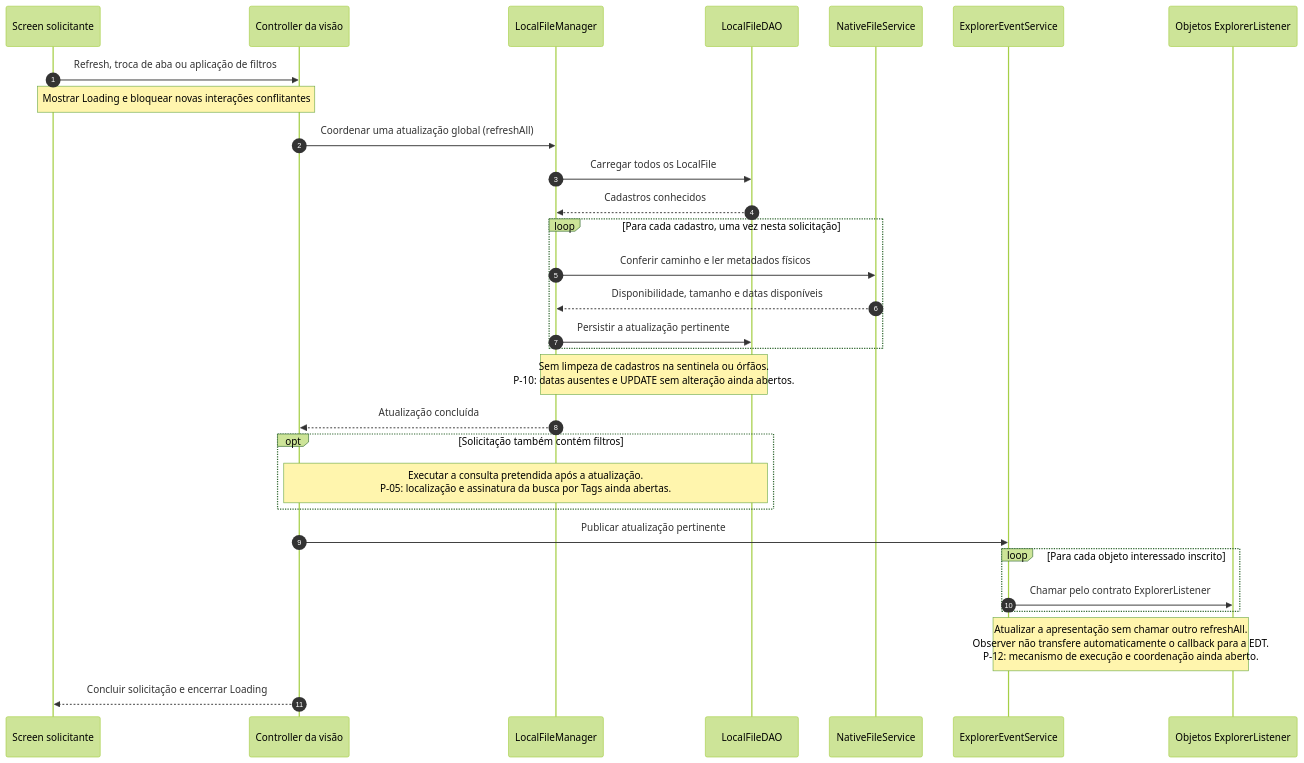
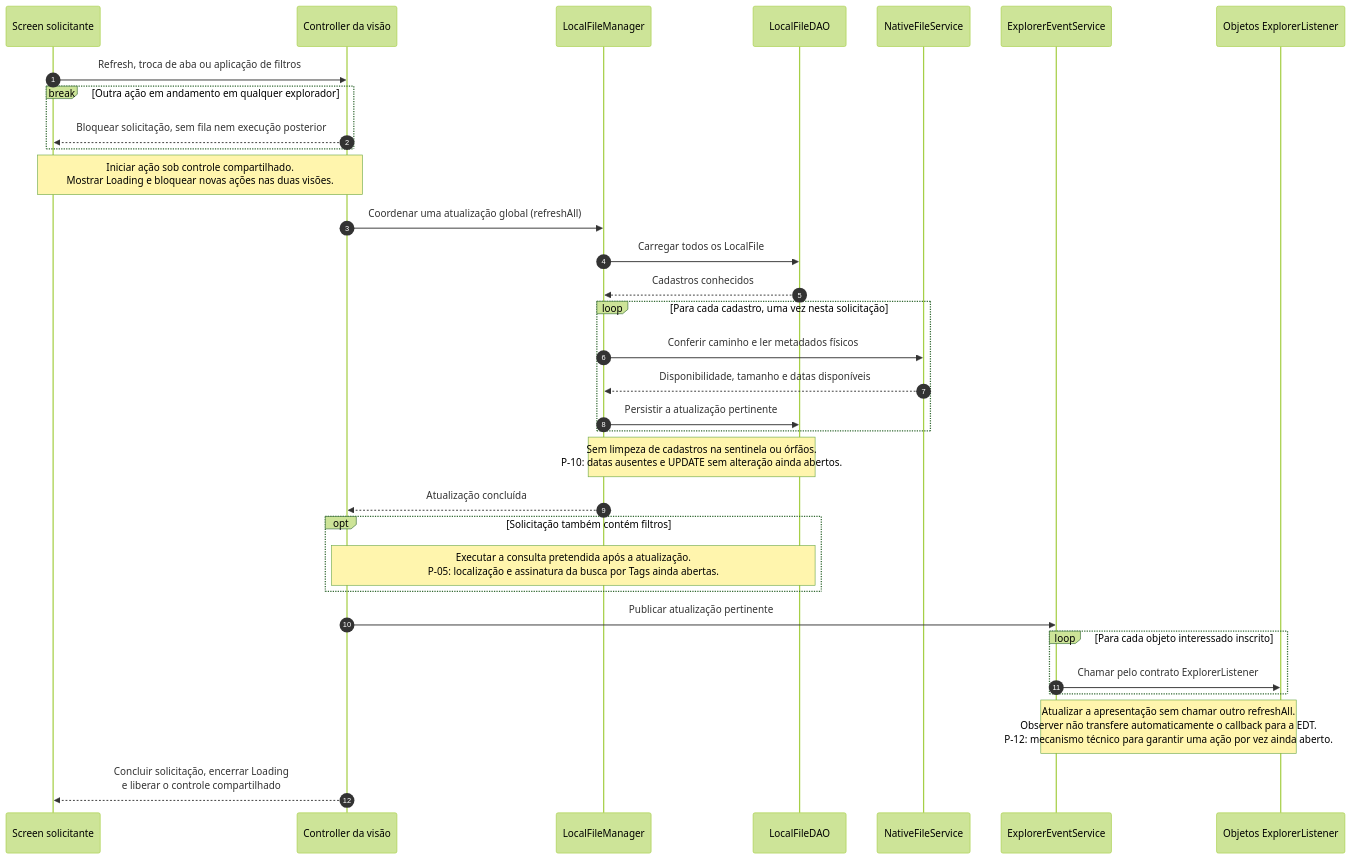
The diagram in doc/diagrams/fluxo-classes/03-refresh-observer.mmd (ARS1802/tag-file), drawn with Mermaid (forest theme) before and after one commit. The commit also changed 27 other files, not shown here.

```diff
--- a/doc/diagrams/fluxo-classes/03-refresh-observer.mmd
+++ b/doc/diagrams/fluxo-classes/03-refresh-observer.mmd
@@ -1,35 +1,39 @@
 %% Sequência entre classes — uma atualização global, várias apresentações avisadas.
-%% Fontes: doc/arquitetura-e-padroes.md:L38-L64, L194-L204; doc/casos-de-uso.md:L233-L245.
-%% [NEEDS INVESTIGATION] P-04/P-05: observadores/avisos; P-10/P-12: dados e execução.
-%% Cenário de sucesso; falhas retornam pelo fluxo de usuário 11-falhas.
+%% Fontes: doc/arquitetura-e-padroes.md:L38-L64, L196-L206; doc/casos-de-uso.md:L235-L247.
+%% Regra de entrada: doc/requisitos-e-regras.md#op-09; verificação: doc/criterios-de-aceite.md#ace-25.
+%% [NEEDS INVESTIGATION] P-04/P-05: observadores/avisos; P-10/P-12: dados e mecanismo de execução exclusiva.
+%% Admissão da ação e cenário de sucesso; falhas retornam pelo fluxo de usuário 11-falhas.
 sequenceDiagram
     autonumber
     participant screen as Screen solicitante
     participant controller as Controller da visão
     participant manager as LocalFileManager
     participant dao as LocalFileDAO
     participant native as NativeFileService
     participant events as ExplorerEventService
     participant observers as Objetos ExplorerListener
 
     screen->>controller: Refresh, troca de aba ou aplicação de filtros
-    Note over screen,controller: Mostrar Loading e bloquear novas interações conflitantes
+    break Outra ação em andamento em qualquer explorador
+        controller-->>screen: Bloquear solicitação, sem fila nem execução posterior
+    end
+    Note over screen,controller: Iniciar ação sob controle compartilhado.<br>Mostrar Loading e bloquear novas ações nas duas visões.
     controller->>manager: Coordenar uma atualização global (refreshAll)
     manager->>dao: Carregar todos os LocalFile
     dao-->>manager: Cadastros conhecidos
     loop Para cada cadastro, uma vez nesta solicitação
         manager->>native: Conferir caminho e ler metadados físicos
         native-->>manager: Disponibilidade, tamanho e datas disponíveis
         manager->>dao: Persistir a atualização pertinente
     end
     Note over manager,dao: Sem limpeza de cadastros na sentinela ou órfãos.<br>P-10: datas ausentes e UPDATE sem alteração ainda abertos.
     manager-->>controller: Atualização concluída
     opt Solicitação também contém filtros
         Note over controller,dao: Executar a consulta pretendida após a atualização.<br>P-05: localização e assinatura da busca por Tags ainda abertas.
     end
     controller->>events: Publicar atualização pertinente
     loop Para cada objeto interessado inscrito
         events->>observers: Chamar pelo contrato ExplorerListener
     end
-    Note over events,observers: Atualizar a apresentação sem chamar outro refreshAll.<br>Observer não transfere automaticamente o callback para a EDT.<br>P-12: mecanismo de execução e coordenação ainda aberto.
-    controller-->>screen: Concluir solicitação e encerrar Loading
+    Note over events,observers: Atualizar a apresentação sem chamar outro refreshAll.<br>Observer não transfere automaticamente o callback para a EDT.<br>P-12: mecanismo técnico para garantir uma ação por vez ainda aberto.
+    controller-->>screen: Concluir solicitação, encerrar Loading<br>e liberar o controle compartilhado
```
